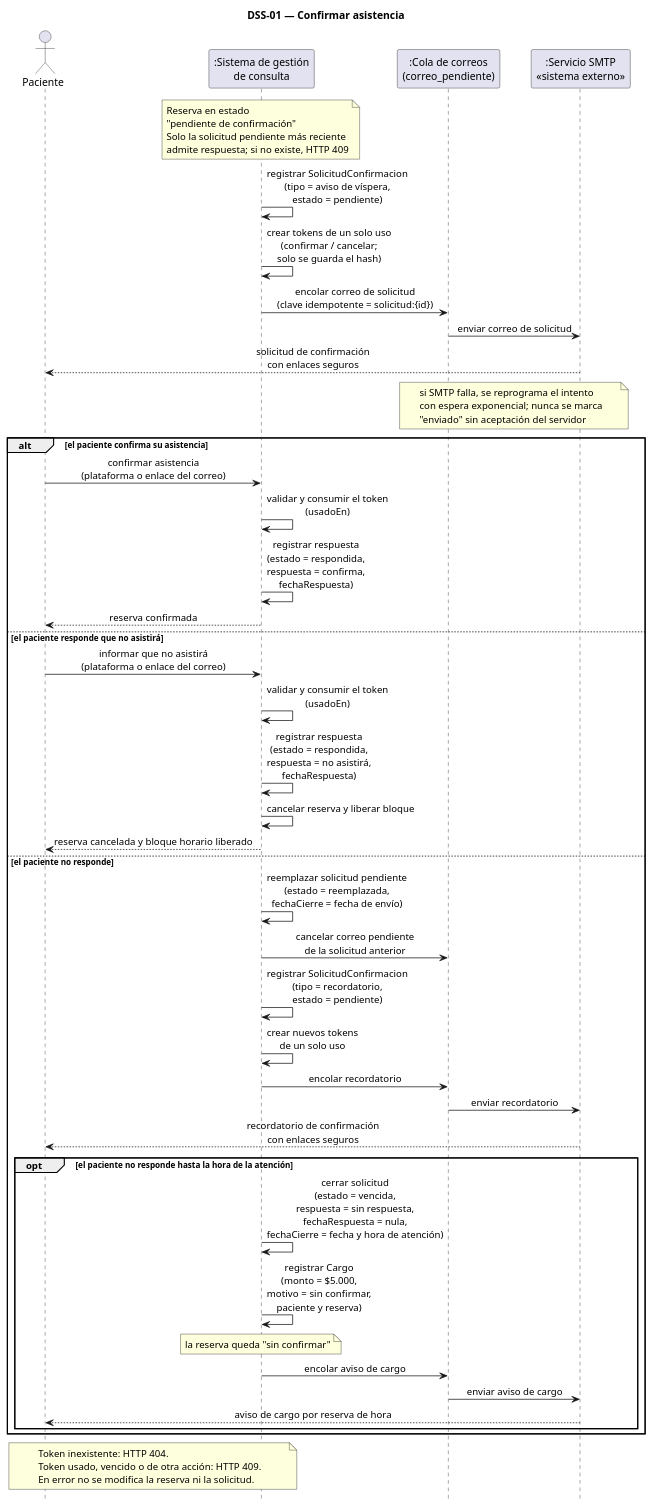
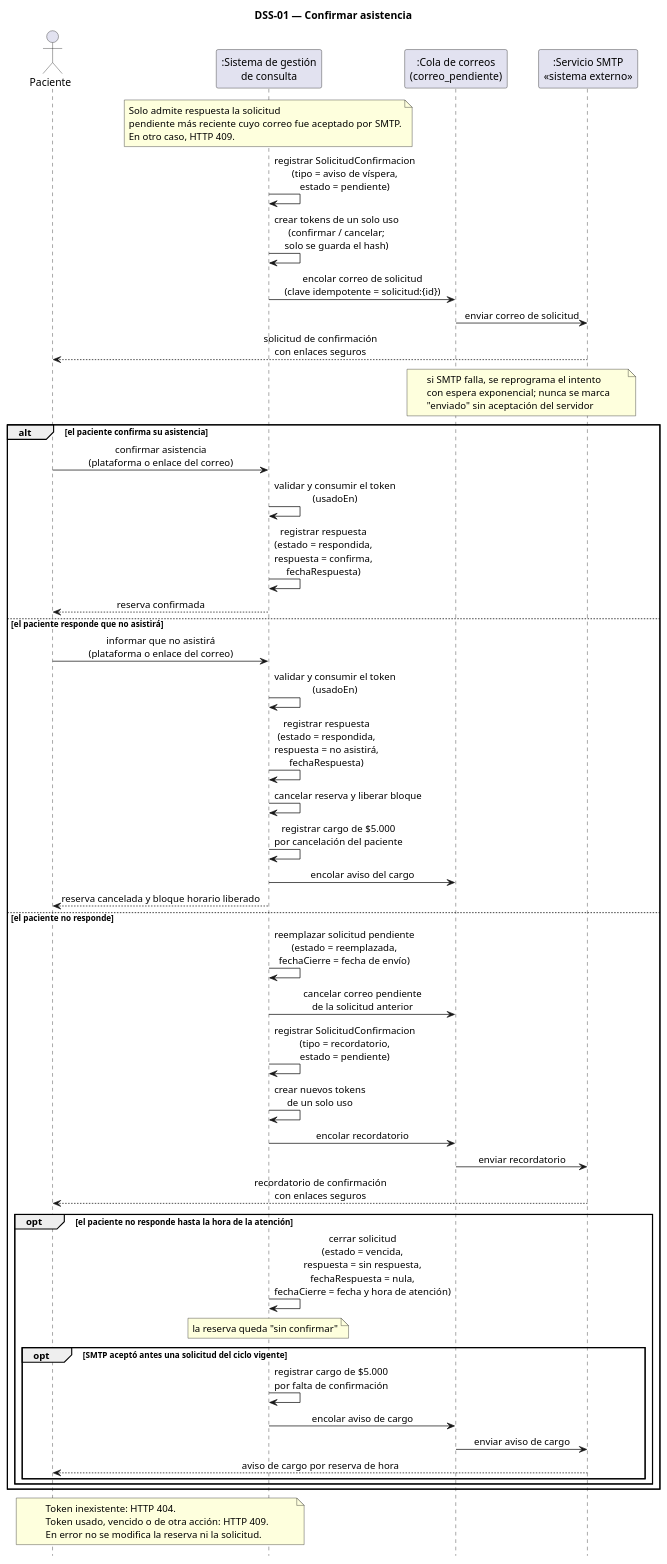
The diagram in diagramas/dss-01.puml (gestion-consulta-psicologica/ingenieria-requisitos), drawn with PlantUML before and after one commit. The commit also changed 74 other files, not shown here.

```diff
--- a/diagramas/dss-01.puml
+++ b/diagramas/dss-01.puml
@@ -1,53 +1,57 @@
 @startuml dss-01
 ' DSS-01 — Confirmar asistencia (CU-03 / HU-03)
 ' Envío real por SMTP con cola persistente y tokens de un solo uso.
 skinparam shadowing false
 skinparam sequenceMessageAlign center
 hide footbox
 title DSS-01 — Confirmar asistencia
 
 actor "Paciente" as PAC
 participant ":Sistema de gestión\nde consulta" as SIS
 participant ":Cola de correos\n(correo_pendiente)" as COLA
 participant ":Servicio SMTP\n<<sistema externo>>" as SMTP
 
-note over SIS : Reserva en estado\n"pendiente de confirmación"\nSolo la solicitud pendiente más reciente\nadmite respuesta; si no existe, HTTP 409
+note over SIS : Solo admite respuesta la solicitud\npendiente más reciente cuyo correo fue aceptado por SMTP.\nEn otro caso, HTTP 409.
 
 SIS -> SIS : registrar SolicitudConfirmacion\n(tipo = aviso de víspera,\nestado = pendiente)
 SIS -> SIS : crear tokens de un solo uso\n(confirmar / cancelar;\nsolo se guarda el hash)
 SIS -> COLA : encolar correo de solicitud\n(clave idempotente = solicitud:{id})
 COLA -> SMTP : enviar correo de solicitud
 SMTP --> PAC : solicitud de confirmación\ncon enlaces seguros
 note over COLA,SMTP : si SMTP falla, se reprograma el intento\ncon espera exponencial; nunca se marca\n"enviado" sin aceptación del servidor
 
 alt el paciente confirma su asistencia
   PAC -> SIS : confirmar asistencia\n(plataforma o enlace del correo)
   SIS -> SIS : validar y consumir el token\n(usadoEn)
   SIS -> SIS : registrar respuesta\n(estado = respondida,\nrespuesta = confirma,\nfechaRespuesta)
   SIS --> PAC : reserva confirmada
 else el paciente responde que no asistirá
   PAC -> SIS : informar que no asistirá\n(plataforma o enlace del correo)
   SIS -> SIS : validar y consumir el token\n(usadoEn)
   SIS -> SIS : registrar respuesta\n(estado = respondida,\nrespuesta = no asistirá,\nfechaRespuesta)
   SIS -> SIS : cancelar reserva y liberar bloque
+  SIS -> SIS : registrar cargo de $5.000\npor cancelación del paciente
+  SIS -> COLA : encolar aviso del cargo
   SIS --> PAC : reserva cancelada y bloque horario liberado
 else el paciente no responde
   SIS -> SIS : reemplazar solicitud pendiente\n(estado = reemplazada,\nfechaCierre = fecha de envío)
   SIS -> COLA : cancelar correo pendiente\nde la solicitud anterior
   SIS -> SIS : registrar SolicitudConfirmacion\n(tipo = recordatorio,\nestado = pendiente)
   SIS -> SIS : crear nuevos tokens\nde un solo uso
   SIS -> COLA : encolar recordatorio
   COLA -> SMTP : enviar recordatorio
   SMTP --> PAC : recordatorio de confirmación\ncon enlaces seguros
   opt el paciente no responde hasta la hora de la atención
     SIS -> SIS : cerrar solicitud\n(estado = vencida,\nrespuesta = sin respuesta,\nfechaRespuesta = nula,\nfechaCierre = fecha y hora de atención)
-    SIS -> SIS : registrar Cargo\n(monto = $5.000,\nmotivo = sin confirmar,\npaciente y reserva)
     note over SIS : la reserva queda "sin confirmar"
-    SIS -> COLA : encolar aviso de cargo
-    COLA -> SMTP : enviar aviso de cargo
-    SMTP --> PAC : aviso de cargo por reserva de hora
+    opt SMTP aceptó antes una solicitud del ciclo vigente
+      SIS -> SIS : registrar cargo de $5.000\npor falta de confirmación
+      SIS -> COLA : encolar aviso de cargo
+      COLA -> SMTP : enviar aviso de cargo
+      SMTP --> PAC : aviso de cargo por reserva de hora
+    end
   end
 end
 
 note over PAC,SIS : Token inexistente: HTTP 404.\nToken usado, vencido o de otra acción: HTTP 409.\nEn error no se modifica la reserva ni la solicitud.
 @enduml
```
